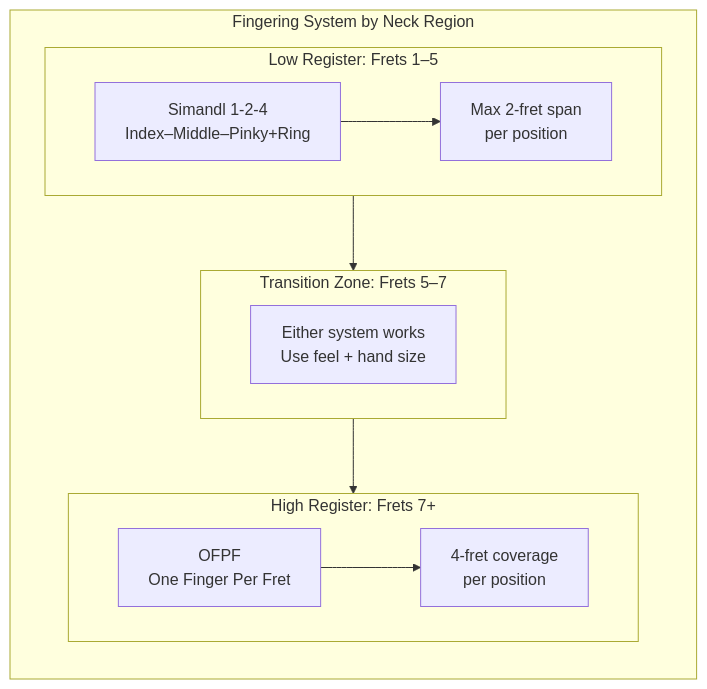
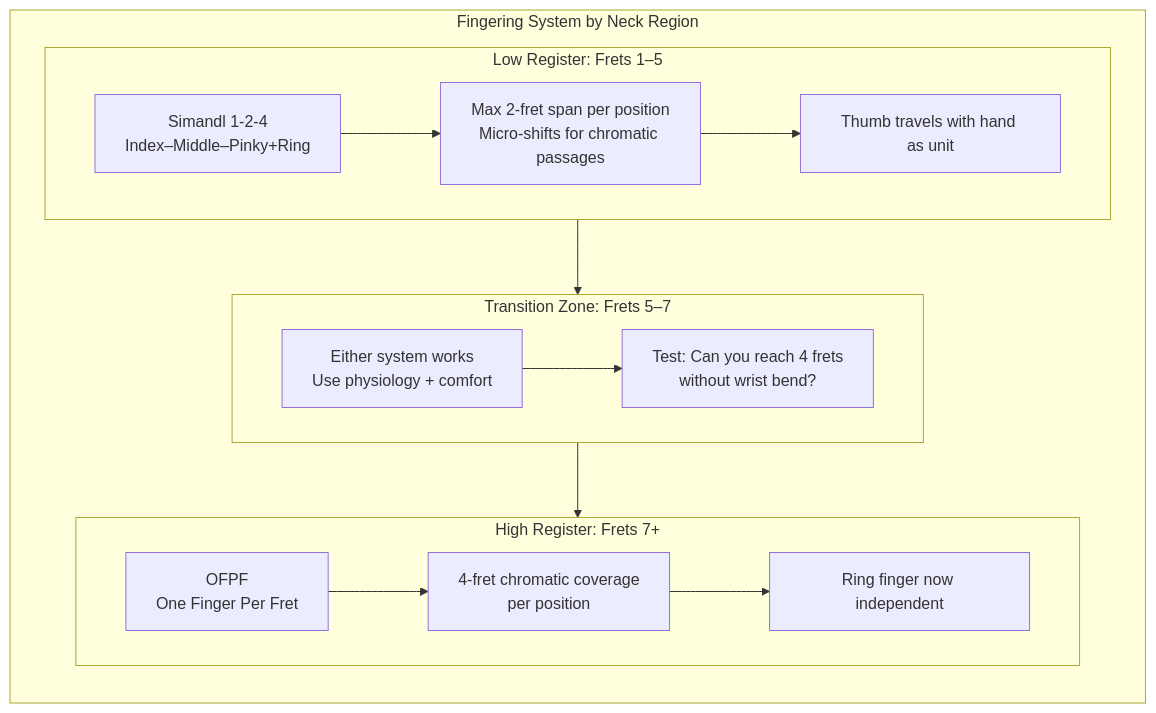
Before and after one commit to blebleblee/synapse: the fourth of 6 diagrams in topics/arts/music_performance/bass_guitar/lesson_01_technique_and_fretboard_mechanics.md, drawn with Mermaid. The commit also changed other lines of this file and 4 other files, not shown here.

````diff
--- a/topics/arts/music_performance/bass_guitar/lesson_01_technique_and_fretboard_mechanics.md
+++ b/topics/arts/music_performance/bass_guitar/lesson_01_technique_and_fretboard_mechanics.md
@@ -212,19 +246,23 @@
 ```mermaid
 graph LR
     subgraph sub_systems ["Fingering System by Neck Region"]
         subgraph sub_low ["Low Register: Frets 1–5"]
             L1["Simandl 1-2-4\nIndex–Middle–Pinky+Ring"]
-            L2["Max 2-fret span\nper position"]
-            L1 --> L2
+            L2["Max 2-fret span per position\nMicro-shifts for chromatic passages"]
+            L3["Thumb travels with hand as unit"]
+            L1 --> L2 --> L3
         end
         subgraph sub_mid ["Transition Zone: Frets 5–7"]
-            M1["Either system works\nUse feel + hand size"]
+            M1["Either system works\nUse physiology + comfort"]
+            M2["Test: Can you reach 4 frets\nwithout wrist bend?"]
+            M1 --> M2
         end
         subgraph sub_high ["High Register: Frets 7+"]
             H1["OFPF\nOne Finger Per Fret"]
-            H2["4-fret coverage\nper position"]
-            H1 --> H2
+            H2["4-fret chromatic coverage\nper position"]
+            H3["Ring finger now independent"]
+            H1 --> H2 --> H3
         end
         sub_low --> sub_mid --> sub_high
     end
 ```
````
